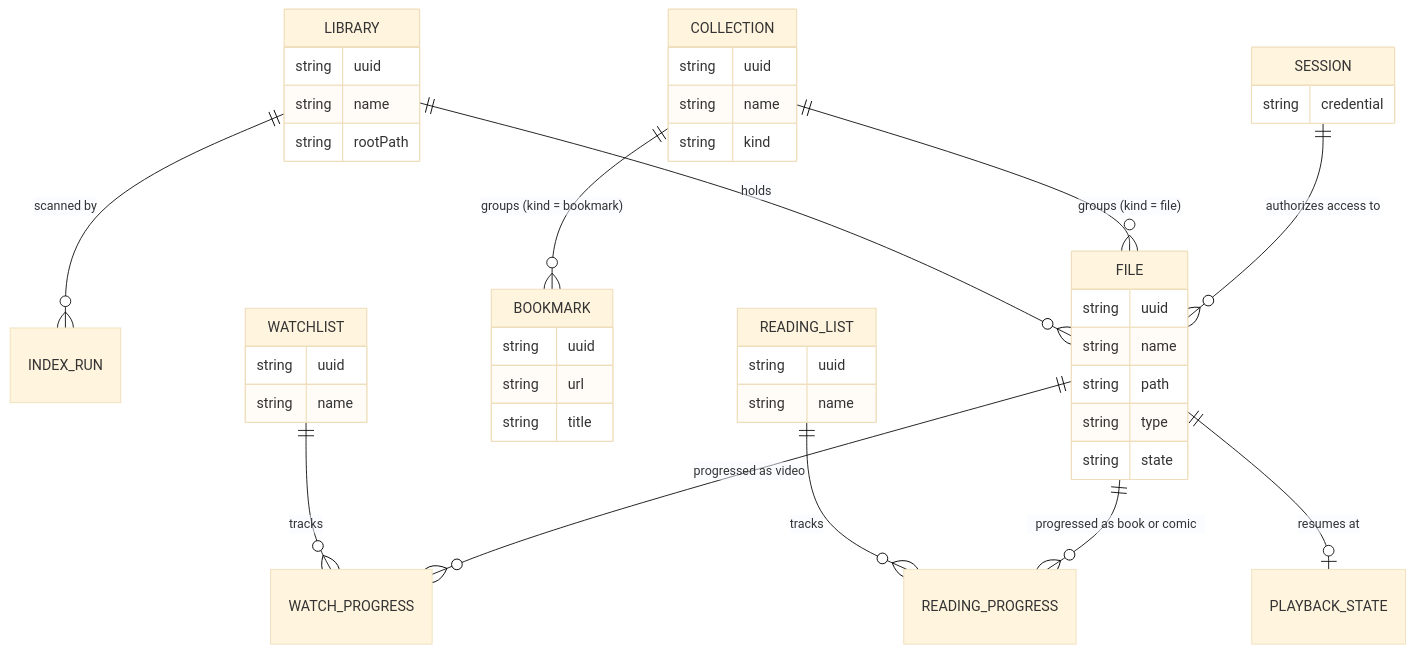
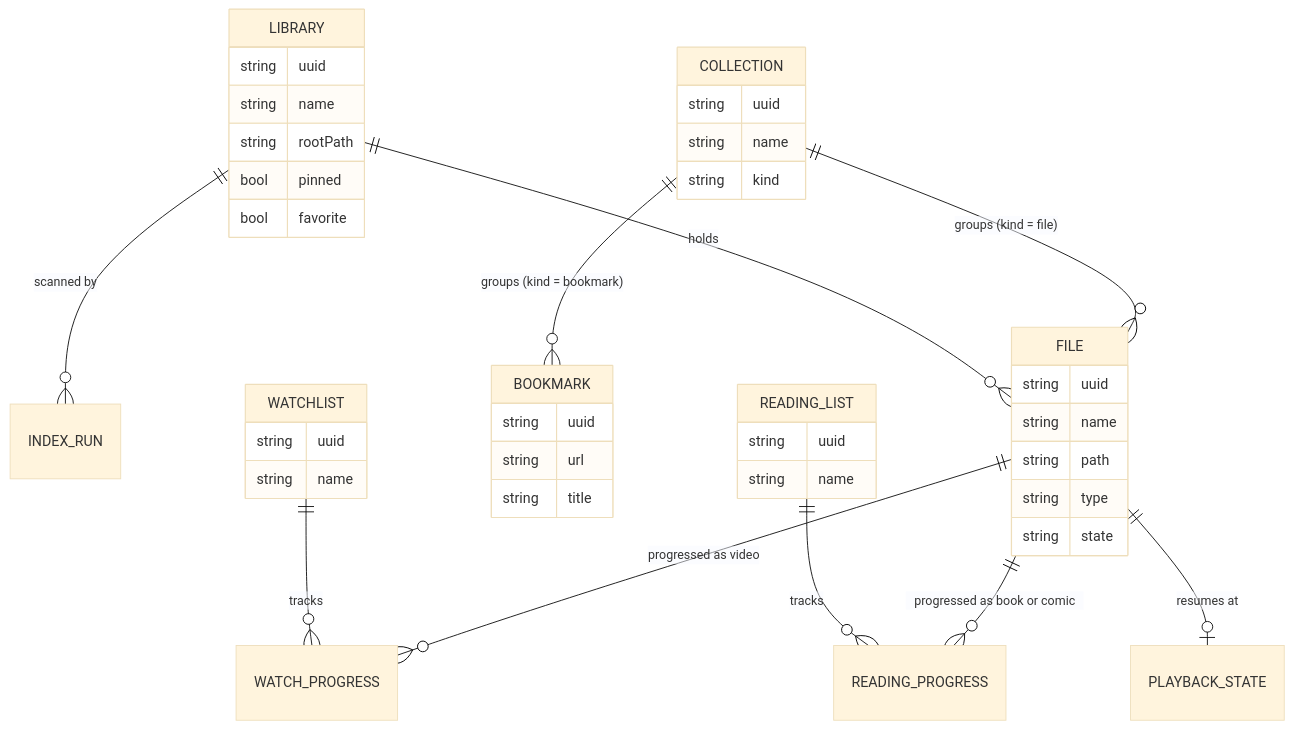
The second of 2 diagrams in docs/requirements/Vision Document.md (artur-rios/alexandria-ui), drawn with Mermaid (base theme) before and after one commit. The commit also changed other lines of this file and 13 other files, not shown here.

````diff
--- a/docs/requirements/Vision Document.md
+++ b/docs/requirements/Vision Document.md
@@ -182,47 +183,45 @@
 ```mermaid
 erDiagram
     LIBRARY ||--o{ INDEX_RUN : "scanned by"
     LIBRARY ||--o{ FILE : "holds"
     COLLECTION ||--o{ FILE : "groups (kind = file)"
     COLLECTION ||--o{ BOOKMARK : "groups (kind = bookmark)"
     WATCHLIST ||--o{ WATCH_PROGRESS : "tracks"
     FILE ||--o{ WATCH_PROGRESS : "progressed as video"
     READING_LIST ||--o{ READING_PROGRESS : "tracks"
     FILE ||--o{ READING_PROGRESS : "progressed as book or comic"
     FILE ||--o| PLAYBACK_STATE : "resumes at"
-    SESSION ||--o{ FILE : "authorizes access to"
 
     FILE {
         string uuid
         string name
         string path
         string type
         string state
     }
     LIBRARY {
         string uuid
         string name
         string rootPath
+        bool pinned
+        bool favorite
     }
     COLLECTION {
         string uuid
         string name
         string kind
     }
     BOOKMARK {
         string uuid
         string url
         string title
     }
     WATCHLIST {
         string uuid
         string name
     }
     READING_LIST {
         string uuid
         string name
     }
-    SESSION {
-        string credential
-    }
 ```
````
